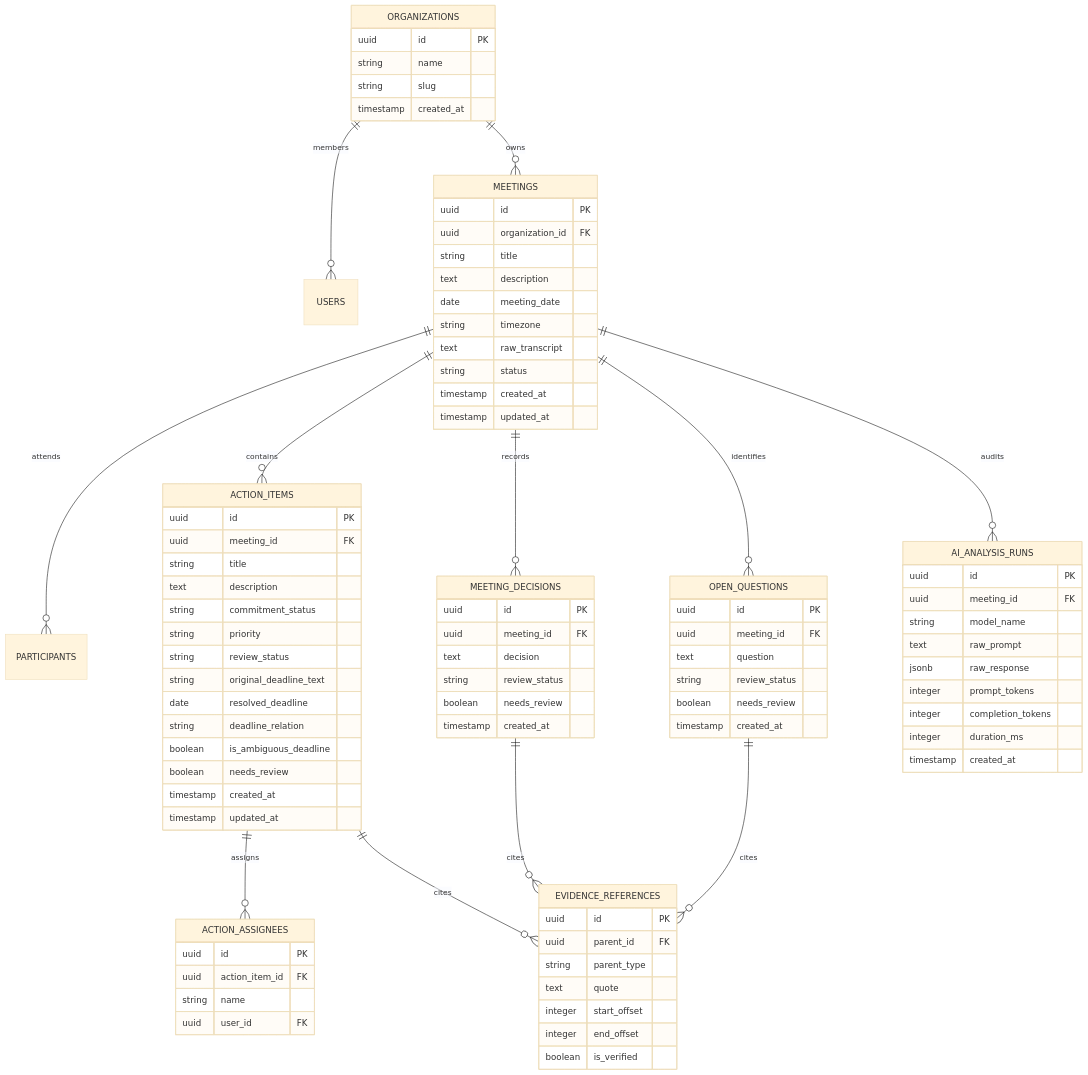
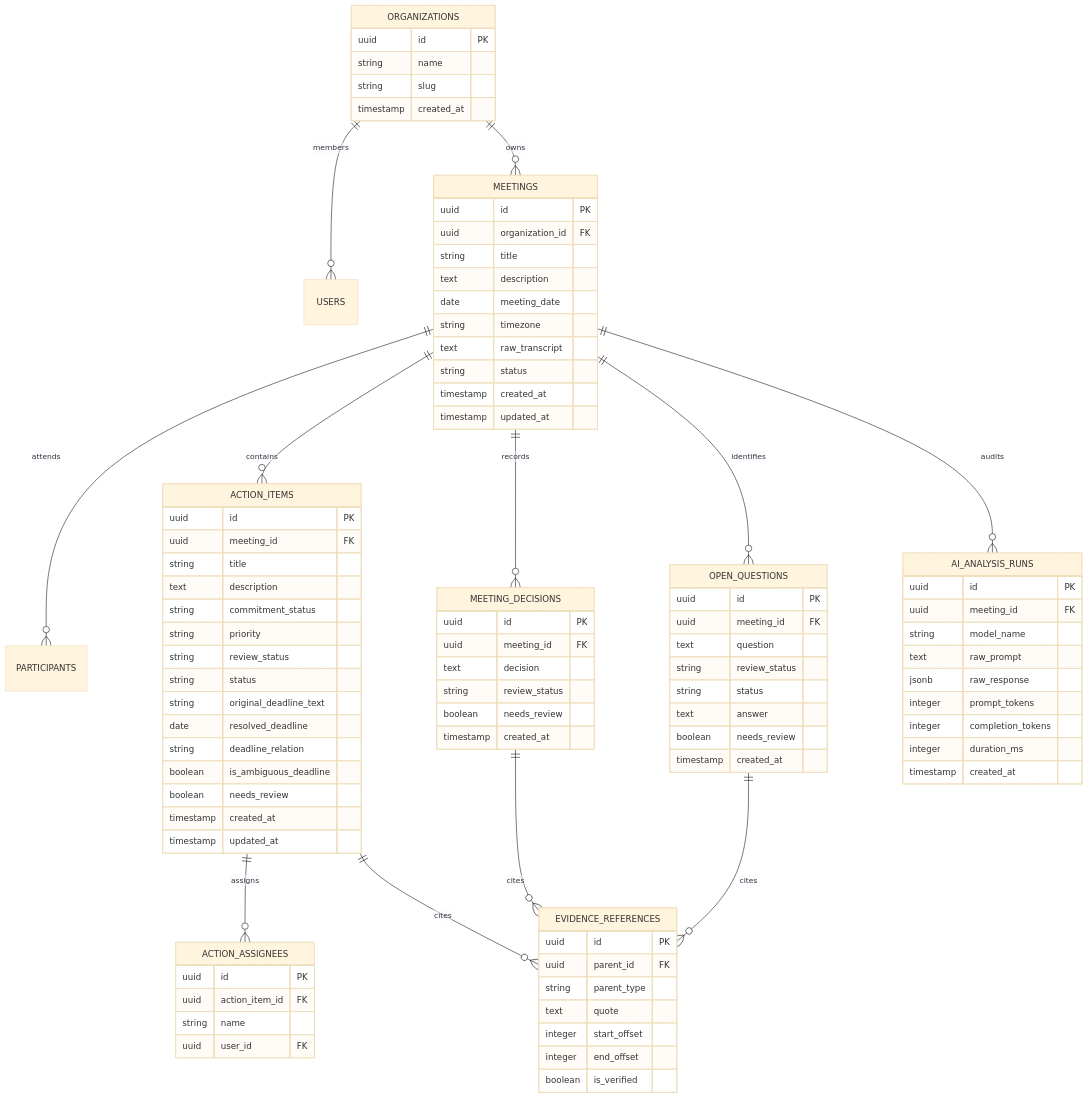
Before and after one commit to Miguma/SWUdevs: the diagram in specs/05-database-schema.md, drawn with Mermaid (base theme). The commit also changed other lines of this file and 14 other files, not shown here.

```diff
--- a/specs/05-database-schema.md
+++ b/specs/05-database-schema.md
@@ -47,6 +47,7 @@
         string commitment_status
         string priority
         string review_status
+        string status
         string original_deadline_text
         date resolved_deadline
         string deadline_relation
@@ -77,6 +78,8 @@
         uuid meeting_id FK
         text question
         string review_status
+        string status
+        text answer
         boolean needs_review
         timestamp created_at
     }
```
